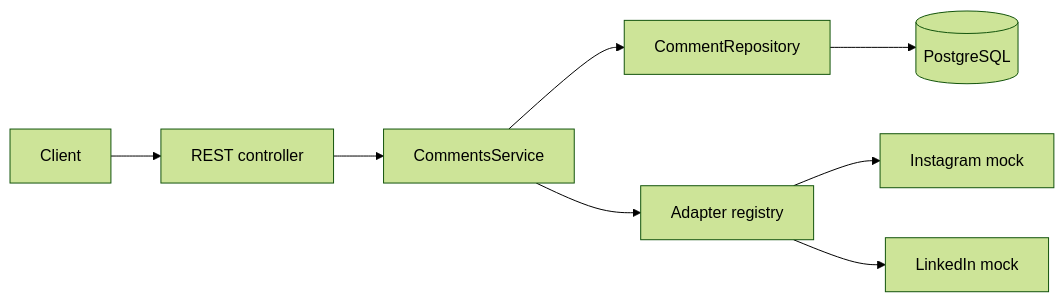
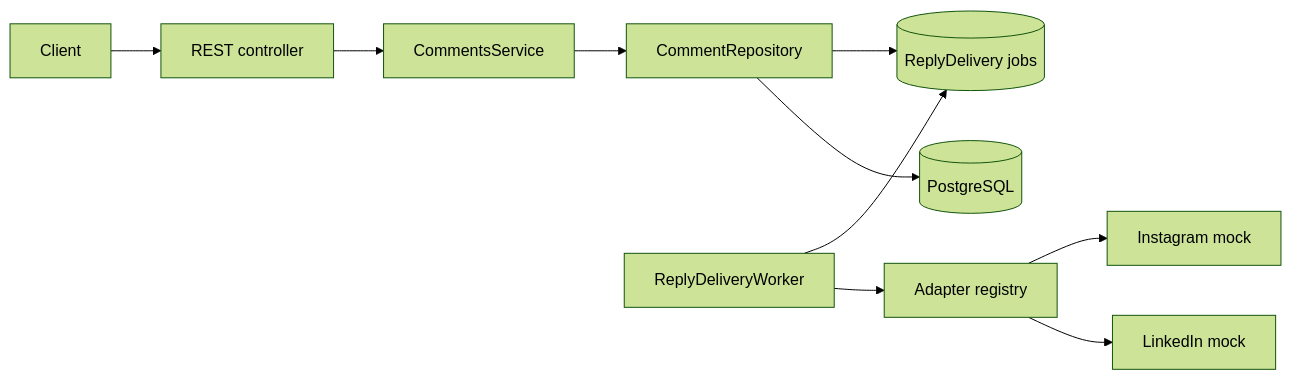
Before and after one commit to AlexTikhon/CommentBridge: the diagram in README.md, drawn with Mermaid (forest theme). The commit also changed other lines of this file and 18 other files, not shown here.

Commit message:
add durable asynchronous reply delivery

````diff
--- a/README.md
+++ b/README.md
@@ -32,10 +32,12 @@
 ```mermaid
 flowchart LR
   Client --> Controller[REST controller]
   Controller --> Service[CommentsService]
   Service --> Repository[CommentRepository]
-  Service --> Registry[Adapter registry]
+  Repository --> Queue[(ReplyDelivery jobs)]
+  Worker[ReplyDeliveryWorker] --> Queue
+  Worker --> Registry[Adapter registry]
   Repository --> PostgreSQL[(PostgreSQL)]
   Registry --> Instagram[Instagram mock]
   Registry --> LinkedIn[LinkedIn mock]
 ```
````
